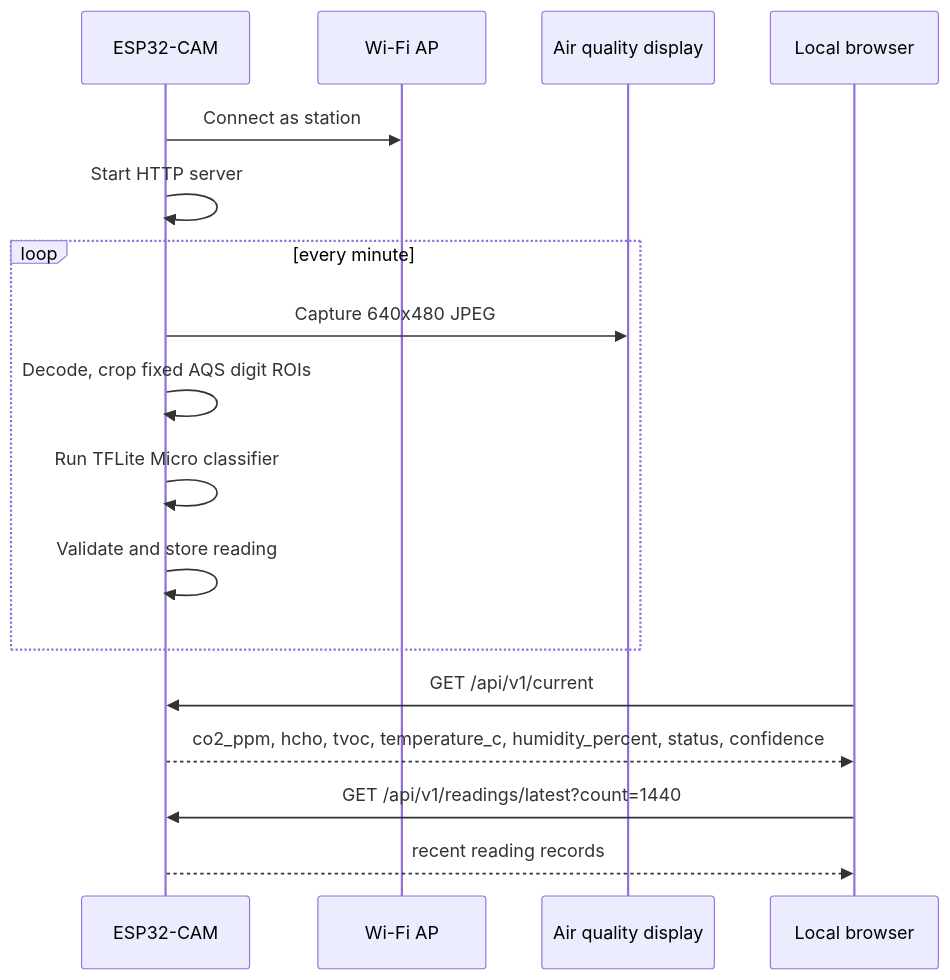
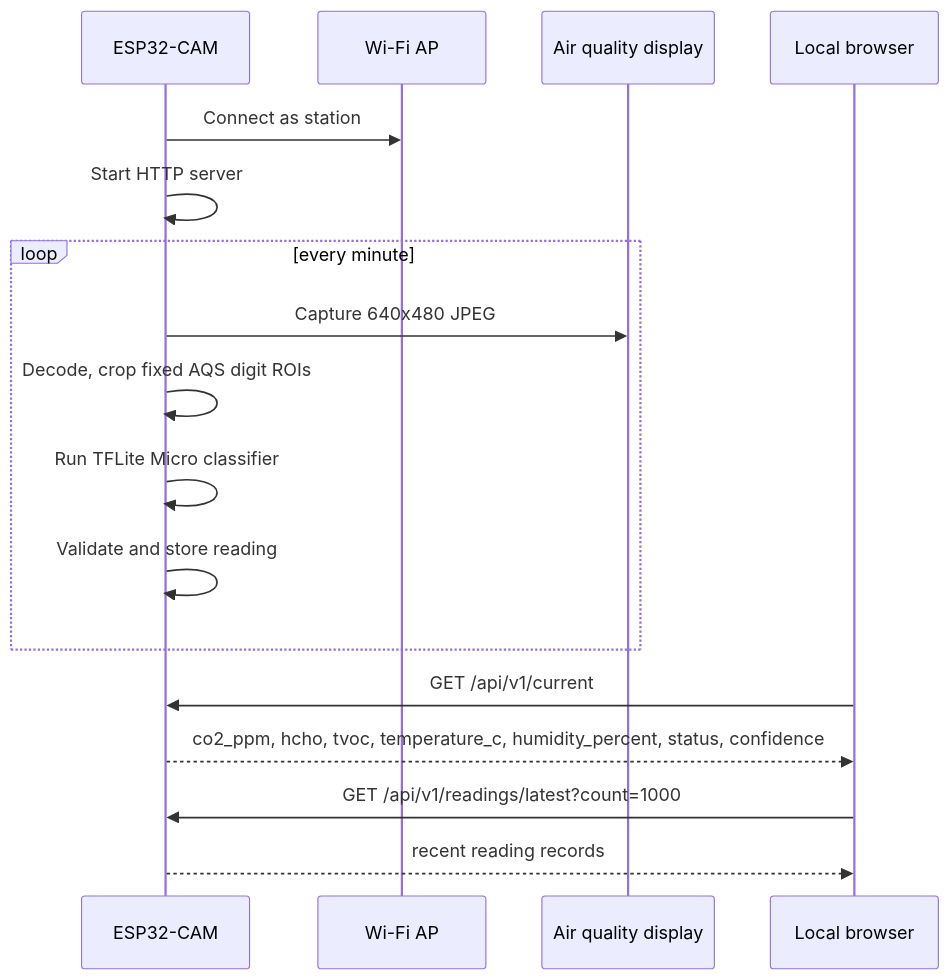
One commit to marcelpetrick/esp32-fever-dream changed the fifth of 5 diagrams in documents/05_ARCHITECTURE.md. Above: the diagram before and after it, drawn with Mermaid. The commit also changed other lines of this file and 2 other files, not shown here.

````diff
--- a/documents/05_ARCHITECTURE.md
+++ b/documents/05_ARCHITECTURE.md
@@ -109,20 +108,20 @@
 ```mermaid
 sequenceDiagram
     participant ESP as ESP32-CAM
     participant WiFi as Wi-Fi AP
     participant Display as Air quality display
     participant Browser as Local browser
 
     ESP->>WiFi: Connect as station
     ESP->>ESP: Start HTTP server
     loop every minute
         ESP->>Display: Capture 640x480 JPEG
         ESP->>ESP: Decode, crop fixed AQS digit ROIs
         ESP->>ESP: Run TFLite Micro classifier
         ESP->>ESP: Validate and store reading
     end
     Browser->>ESP: GET /api/v1/current
     ESP-->>Browser: co2_ppm, hcho, tvoc, temperature_c, humidity_percent, status, confidence
-    Browser->>ESP: GET /api/v1/readings/latest?count=1440
+    Browser->>ESP: GET /api/v1/readings/latest?count=1000
     ESP-->>Browser: recent reading records
 ```
````
